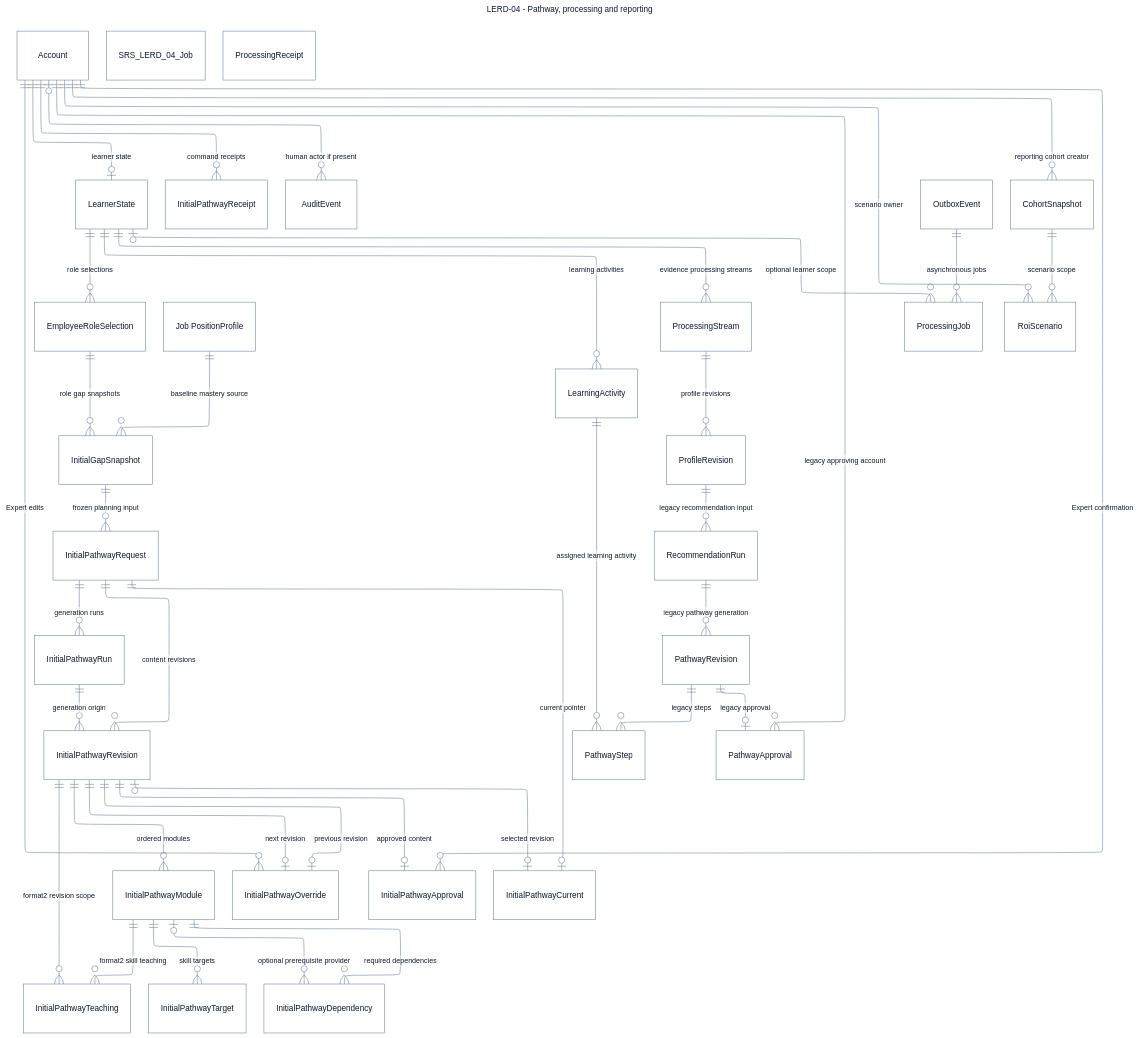
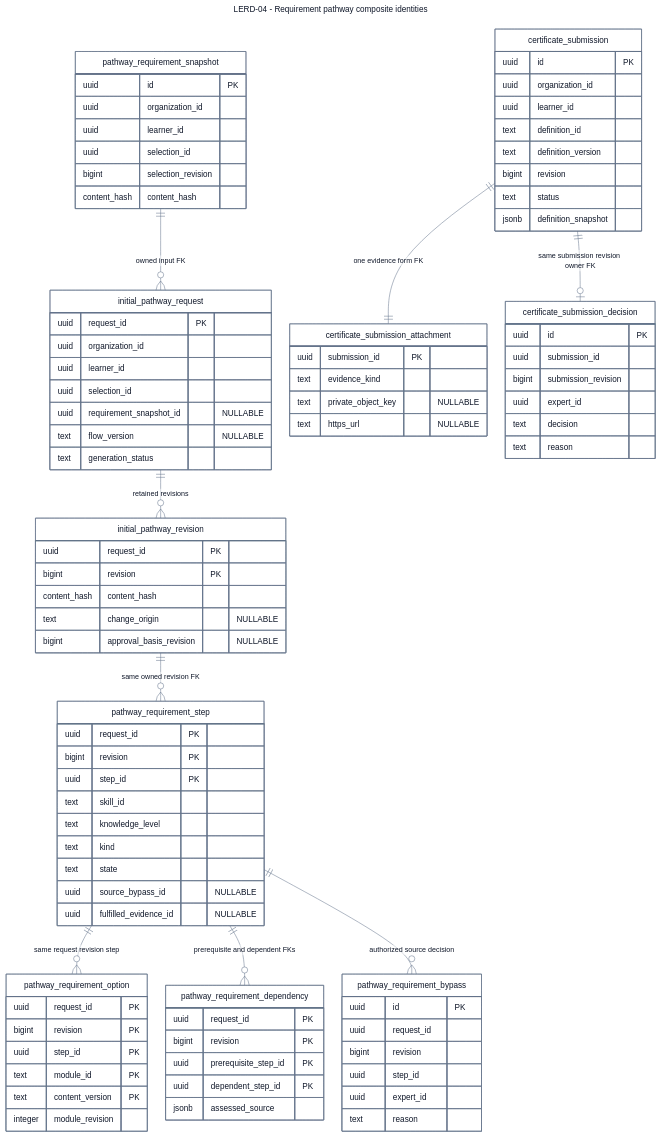
Before and after one commit to SEP490-Fall-2026-GFA26SE64/SEP490: the diagram in documents/diagrams/mermaid/lerd-04.mmd, drawn with Mermaid. The commit also changed 966 other files, not shown here.

```diff
--- a/documents/diagrams/mermaid/lerd-04.mmd
+++ b/documents/diagrams/mermaid/lerd-04.mmd
@@ -1,74 +1,97 @@
 ---
-title: "LERD-04 - Pathway, processing and reporting"
-config: {"theme":"base","fontFamily":"Segoe UI, Arial, sans-serif","themeVariables":{"fontSize":"16px","primaryColor":"#ffffff","primaryTextColor":"#0f1729","primaryBorderColor":"#64748b","lineColor":"#64748b","textColor":"#0f1729","background":"#ffffff","edgeLabelBackground":"#ffffff"},"layout":"elk","er":{"layoutDirection":"LR","nodeSpacing":36,"rankSpacing":74,"entityPadding":16,"fontSize":16,"minEntityWidth":140,"diagramPadding":24}}
+title: "LERD-04 - Requirement pathway composite identities"
+config: {"theme":"base","fontFamily":"Segoe UI, Arial, sans-serif","themeVariables":{"fontSize":"16px","primaryColor":"#ffffff","primaryTextColor":"#0f1729","primaryBorderColor":"#64748b","lineColor":"#64748b","textColor":"#0f1729","background":"#ffffff","edgeLabelBackground":"#ffffff"},"layout":"dagre","er":{"layoutDirection":"LR","nodeSpacing":36,"rankSpacing":74,"entityPadding":16,"fontSize":16,"minEntityWidth":140,"diagramPadding":24}}
 ---
+
 erDiagram
-  SRS_LERD_04_Account["Account"]
-  SRS_LERD_04_LearnerState["LearnerState"]
-  SRS_LERD_04_EmployeeRoleSelection["EmployeeRoleSelection"]
-  SRS_LERD_04_Job PositionProfile["Job PositionProfile"]
-  SRS_LERD_04_InitialGapSnapshot["InitialGapSnapshot"]
-  SRS_LERD_04_InitialPathwayRequest["InitialPathwayRequest"]
-  SRS_LERD_04_InitialPathwayRun["InitialPathwayRun"]
-  SRS_LERD_04_InitialPathwayRevision["InitialPathwayRevision"]
-  SRS_LERD_04_InitialPathwayModule["InitialPathwayModule"]
-  SRS_LERD_04_InitialPathwayTeaching["InitialPathwayTeaching"]
-  SRS_LERD_04_InitialPathwayTarget["InitialPathwayTarget"]
-  SRS_LERD_04_InitialPathwayDependency["InitialPathwayDependency"]
-  SRS_LERD_04_InitialPathwayOverride["InitialPathwayOverride"]
-  SRS_LERD_04_InitialPathwayApproval["InitialPathwayApproval"]
-  SRS_LERD_04_InitialPathwayCurrent["InitialPathwayCurrent"]
-  SRS_LERD_04_InitialPathwayReceipt["InitialPathwayReceipt"]
-  SRS_LERD_04_ProcessingStream["ProcessingStream"]
-  SRS_LERD_04_ProfileRevision["ProfileRevision"]
-  SRS_LERD_04_RecommendationRun["RecommendationRun"]
-  SRS_LERD_04_PathwayRevision["PathwayRevision"]
-  SRS_LERD_04_PathwayStep["PathwayStep"]
-  SRS_LERD_04_PathwayApproval["PathwayApproval"]
-  SRS_LERD_04_LearningActivity["LearningActivity"]
-  SRS_LERD_04_AuditEvent["AuditEvent"]
-  SRS_LERD_04_OutboxEvent["OutboxEvent"]
-  SRS_LERD_04_ProcessingJob["ProcessingJob"]
-  SRS_LERD_04_ProcessingReceipt["ProcessingReceipt"]
-  SRS_LERD_04_CohortSnapshot["CohortSnapshot"]
-  SRS_LERD_04_RoiScenario["RoiScenario"]
-  %% Initial pathway tables are defined in workspace V33 and refined by V34-V35; live application is not asserted.
-  SRS_LERD_04_Account ||--o| SRS_LERD_04_LearnerState : "learner state"
-  SRS_LERD_04_LearnerState ||--o{ SRS_LERD_04_EmployeeRoleSelection : "role selections"
-  SRS_LERD_04_EmployeeRoleSelection ||--o{ SRS_LERD_04_InitialGapSnapshot : "role gap snapshots"
-  SRS_LERD_04_Job PositionProfile ||--o{ SRS_LERD_04_InitialGapSnapshot : "baseline mastery source"
-  SRS_LERD_04_InitialGapSnapshot ||--o{ SRS_LERD_04_InitialPathwayRequest : "frozen planning input"
-  SRS_LERD_04_InitialPathwayRequest ||--o{ SRS_LERD_04_InitialPathwayRun : "generation runs"
-  SRS_LERD_04_InitialPathwayRequest ||--o{ SRS_LERD_04_InitialPathwayRevision : "content revisions"
-  SRS_LERD_04_InitialPathwayRun ||--o{ SRS_LERD_04_InitialPathwayRevision : "generation origin"
-  SRS_LERD_04_InitialPathwayRevision ||--o{ SRS_LERD_04_InitialPathwayModule : "ordered modules"
-  SRS_LERD_04_InitialPathwayModule ||--o{ SRS_LERD_04_InitialPathwayTarget : "skill targets"
-  SRS_LERD_04_InitialPathwayModule ||--o{ SRS_LERD_04_InitialPathwayTeaching : "format2 skill teaching"
-  SRS_LERD_04_InitialPathwayRevision ||--o{ SRS_LERD_04_InitialPathwayTeaching : "format2 revision scope"
-  SRS_LERD_04_InitialPathwayModule ||--o{ SRS_LERD_04_InitialPathwayDependency : "required dependencies"
-  SRS_LERD_04_InitialPathwayModule |o--o{ SRS_LERD_04_InitialPathwayDependency : "optional prerequisite provider"
-  SRS_LERD_04_InitialPathwayRevision ||--o| SRS_LERD_04_InitialPathwayOverride : "previous revision"
-  SRS_LERD_04_InitialPathwayRevision ||--o| SRS_LERD_04_InitialPathwayOverride : "next revision"
-  SRS_LERD_04_Account ||--o{ SRS_LERD_04_InitialPathwayOverride : "Expert edits"
-  SRS_LERD_04_InitialPathwayRevision ||--o| SRS_LERD_04_InitialPathwayApproval : "approved content"
-  SRS_LERD_04_Account ||--o{ SRS_LERD_04_InitialPathwayApproval : "Expert confirmation"
-  SRS_LERD_04_InitialPathwayRequest ||--o| SRS_LERD_04_InitialPathwayCurrent : "current pointer"
-  SRS_LERD_04_InitialPathwayRevision |o--o| SRS_LERD_04_InitialPathwayCurrent : "selected revision"
-  SRS_LERD_04_Account ||--o{ SRS_LERD_04_InitialPathwayReceipt : "command receipts"
-  %% Legacy pathway and reporting foundations remain separate from the initial pathway aggregate.
-  SRS_LERD_04_LearnerState ||--o{ SRS_LERD_04_ProcessingStream : "evidence processing streams"
-  SRS_LERD_04_ProcessingStream ||--o{ SRS_LERD_04_ProfileRevision : "profile revisions"
-  SRS_LERD_04_ProfileRevision ||--o{ SRS_LERD_04_RecommendationRun : "legacy recommendation input"
-  SRS_LERD_04_RecommendationRun ||--o{ SRS_LERD_04_PathwayRevision : "legacy pathway generation"
-  SRS_LERD_04_PathwayRevision ||--o{ SRS_LERD_04_PathwayStep : "legacy steps"
-  SRS_LERD_04_LearningActivity ||--o{ SRS_LERD_04_PathwayStep : "assigned learning activity"
-  SRS_LERD_04_LearnerState ||--o{ SRS_LERD_04_LearningActivity : "learning activities"
-  SRS_LERD_04_PathwayRevision ||--o| SRS_LERD_04_PathwayApproval : "legacy approval"
-  SRS_LERD_04_Account ||--o{ SRS_LERD_04_PathwayApproval : "legacy approving account"
-  SRS_LERD_04_Account |o--o{ SRS_LERD_04_AuditEvent : "human actor if present"
-  SRS_LERD_04_OutboxEvent ||--o{ SRS_LERD_04_ProcessingJob : "asynchronous jobs"
-  SRS_LERD_04_LearnerState |o--o{ SRS_LERD_04_ProcessingJob : "optional learner scope"
-  SRS_LERD_04_Account ||--o{ SRS_LERD_04_CohortSnapshot : "reporting cohort creator"
-  SRS_LERD_04_CohortSnapshot ||--o{ SRS_LERD_04_RoiScenario : "scenario scope"
-  SRS_LERD_04_Account ||--o{ SRS_LERD_04_RoiScenario : "scenario owner"
-  %% ProcessingReceipt has event/handler identity but no declared FK; no SQL relationship is invented.
+  direction TB
+  pathway_requirement_snapshot {
+    uuid id PK
+    uuid organization_id
+    uuid learner_id
+    uuid selection_id
+    bigint selection_revision
+    content_hash content_hash
+  }
+  initial_pathway_request {
+    uuid request_id PK
+    uuid organization_id
+    uuid learner_id
+    uuid selection_id
+    uuid requirement_snapshot_id "NULLABLE"
+    text flow_version "NULLABLE"
+    text generation_status
+  }
+  initial_pathway_revision {
+    uuid request_id PK
+    bigint revision PK
+    content_hash content_hash
+    text change_origin "NULLABLE"
+    bigint approval_basis_revision "NULLABLE"
+  }
+  pathway_requirement_step {
+    uuid request_id PK
+    bigint revision PK
+    uuid step_id PK
+    text skill_id
+    text knowledge_level
+    text kind
+    text state
+    uuid source_bypass_id "NULLABLE"
+    uuid fulfilled_evidence_id "NULLABLE"
+  }
+  pathway_requirement_option {
+    uuid request_id PK
+    bigint revision PK
+    uuid step_id PK
+    text module_id PK
+    text content_version PK
+    integer module_revision
+  }
+  pathway_requirement_dependency {
+    uuid request_id PK
+    bigint revision PK
+    uuid prerequisite_step_id PK
+    uuid dependent_step_id PK
+    jsonb assessed_source
+  }
+  pathway_requirement_bypass {
+    uuid id PK
+    uuid request_id
+    bigint revision
+    uuid step_id
+    uuid expert_id
+    text reason
+  }
+  pathway_requirement_snapshot ||--o{ initial_pathway_request : "owned input FK"
+  initial_pathway_request ||--o{ initial_pathway_revision : "retained revisions"
+  initial_pathway_revision ||--o{ pathway_requirement_step : "same owned revision FK"
+  pathway_requirement_step ||--o{ pathway_requirement_option : "same request revision step"
+  pathway_requirement_step ||--o{ pathway_requirement_dependency : "prerequisite and dependent FKs"
+  pathway_requirement_step ||--o{ pathway_requirement_bypass : "authorized source decision"
+  certificate_submission {
+    uuid id PK
+    uuid organization_id
+    uuid learner_id
+    text definition_id
+    text definition_version
+    bigint revision
+    text status
+    jsonb definition_snapshot
+  }
+  certificate_submission_attachment {
+    uuid submission_id PK
+    text evidence_kind
+    text private_object_key "NULLABLE"
+    text https_url "NULLABLE"
+  }
+  certificate_submission_decision {
+    uuid id PK
+    uuid submission_id
+    bigint submission_revision
+    uuid expert_id
+    text decision
+    text reason
+  }
+  certificate_submission ||--|| certificate_submission_attachment : "one evidence form FK"
+  certificate_submission ||--o| certificate_submission_decision : "same submission revision owner FK"
```
